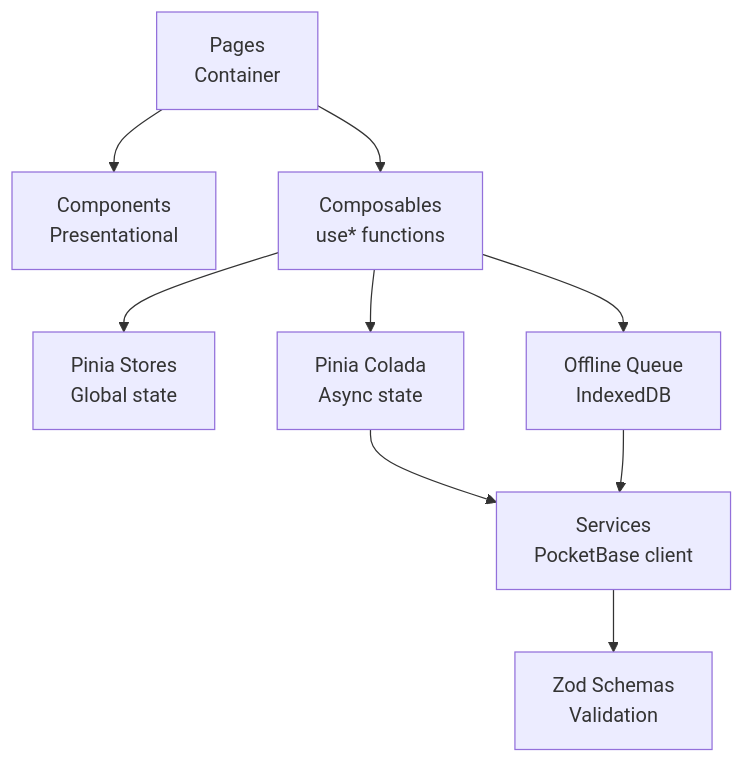
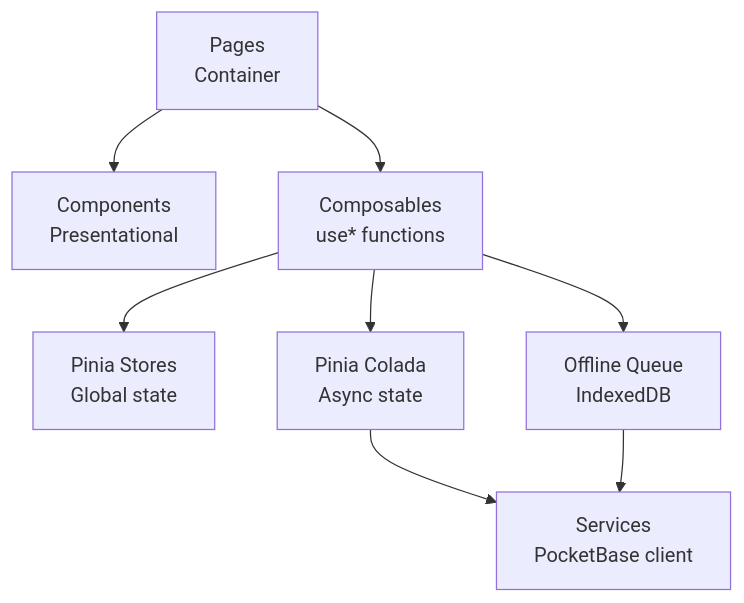
One commit to DarynHolmes/festive changed the second of 4 diagrams in documentation/02_architecture.md. Above: the diagram before and after it, drawn with Mermaid. The commit also changed other lines of this file and 2 other files, not shown here.

Commit message:
Fix diagrams, remove zod validation

````diff
--- a/documentation/02_architecture.md
+++ b/documentation/02_architecture.md
@@ -34,20 +34,18 @@
 ```mermaid
 graph TD
     Pages[Pages<br/>Container]
     Components[Components<br/>Presentational]
     Composables[Composables<br/>use* functions]
     Stores[Pinia Stores<br/>Global state]
     Colada[Pinia Colada<br/>Async state]
     Services[Services<br/>PocketBase client]
-    Schemas[Zod Schemas<br/>Validation]
     Queue[Offline Queue<br/>IndexedDB]
 
     Pages --> Components
     Pages --> Composables
     Composables --> Stores
     Composables --> Colada
     Composables --> Queue
     Colada --> Services
-    Services --> Schemas
     Queue --> Services
 ```
````
